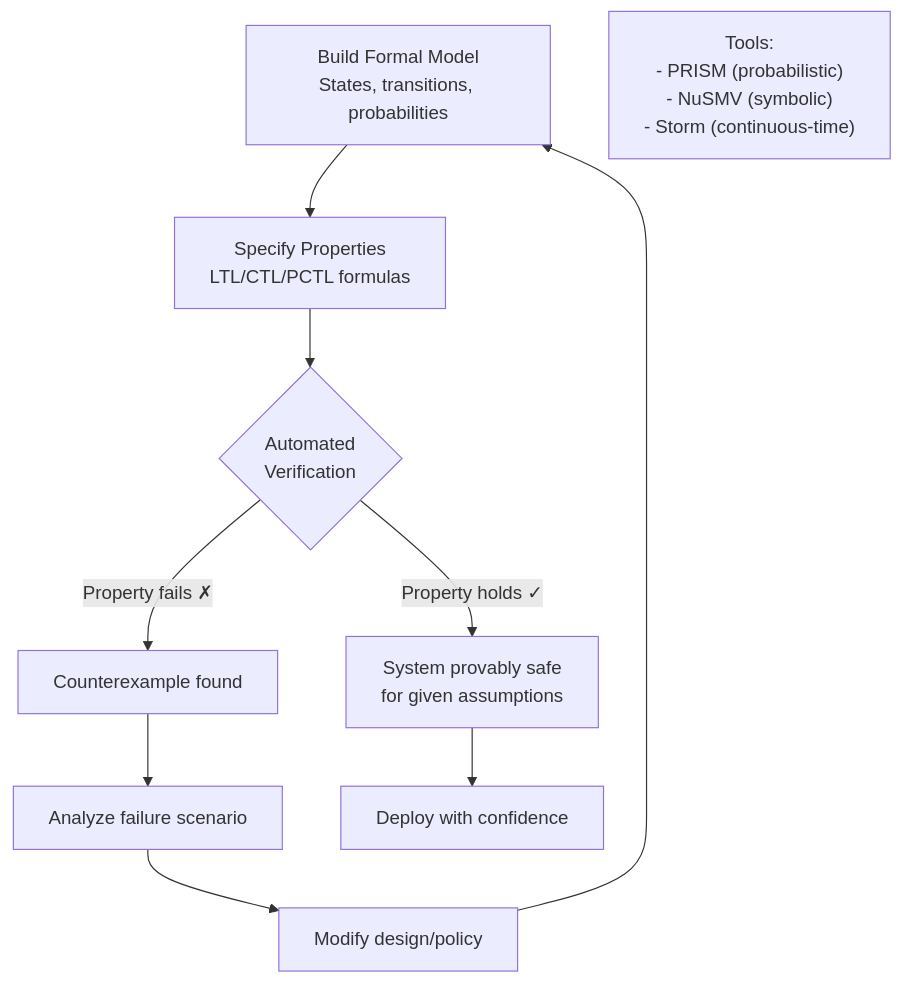
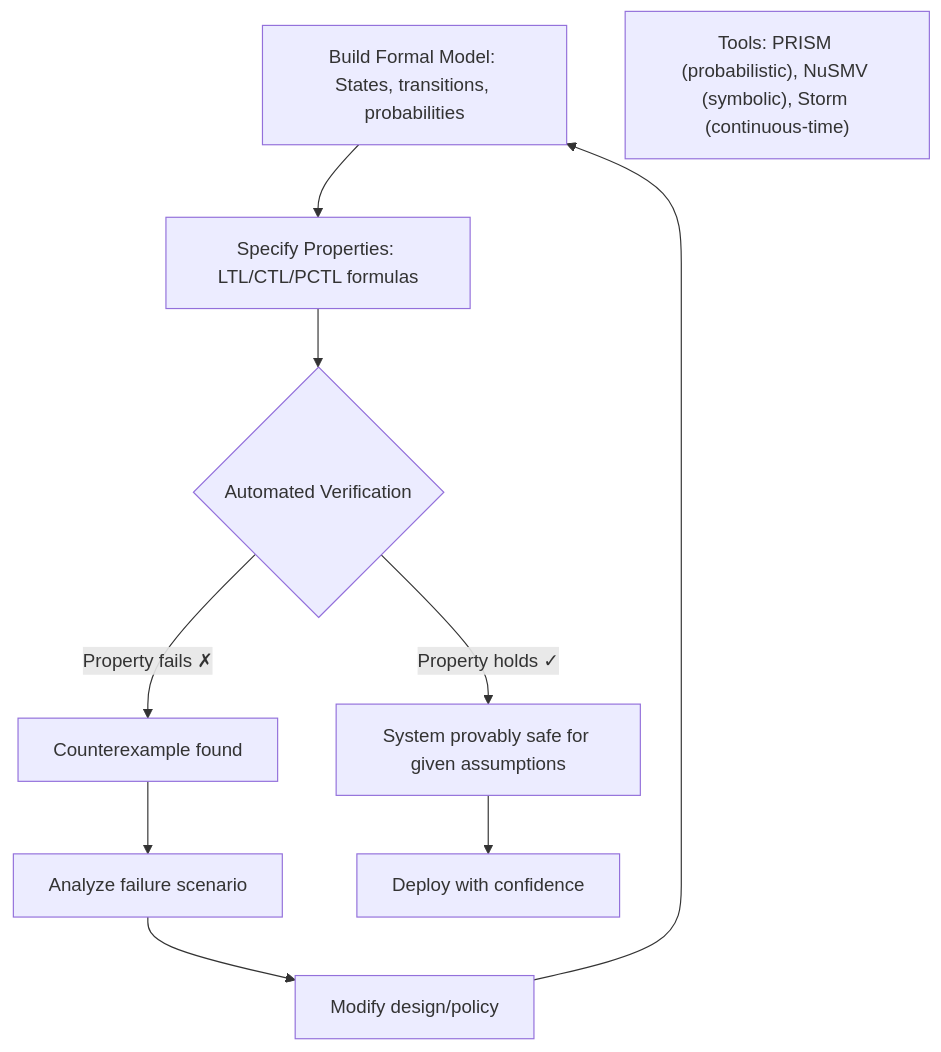
The eighth of 13 diagrams in research/ai_futures/eli/engineering_graduate.md (bhi5hmaraj/ai-risk-ttx), drawn with Mermaid before and after one commit. The commit also changed other lines of this file and 8 other files, not shown here.

First line of the commit message:
fix: Remove all <br/> tags from Mermaid diagrams and add validation

````diff
--- a/research/ai_futures/eli/engineering_graduate.md
+++ b/research/ai_futures/eli/engineering_graduate.md
@@ -351,19 +351,19 @@
 ```mermaid
 flowchart TD
-    Model[Build Formal Model<br/>States, transitions, probabilities]
+    Model[Build Formal Model: States, transitions, probabilities]
     -->
-    Property[Specify Properties<br/>LTL/CTL/PCTL formulas]
+    Property[Specify Properties: LTL/CTL/PCTL formulas]
     -->
-    Verify{Automated<br/>Verification}
+    Verify{Automated Verification}
 
-    Verify -->|Property holds ✓| Safe[System provably safe<br/>for given assumptions]
+    Verify -->|Property holds ✓| Safe[System provably safe for given assumptions]
     Verify -->|Property fails ✗| Counter[Counterexample found]
 
     Counter --> Analyze[Analyze failure scenario]
     Analyze --> Fix[Modify design/policy]
     Fix --> Model
 
     Safe --> Deploy[Deploy with confidence]
 
-    note1["Tools:<br/>- PRISM (probabilistic)<br/>- NuSMV (symbolic)<br/>- Storm (continuous-time)"]
+    note1["Tools: PRISM (probabilistic), NuSMV (symbolic), Storm (continuous-time)"]
 ```
````
